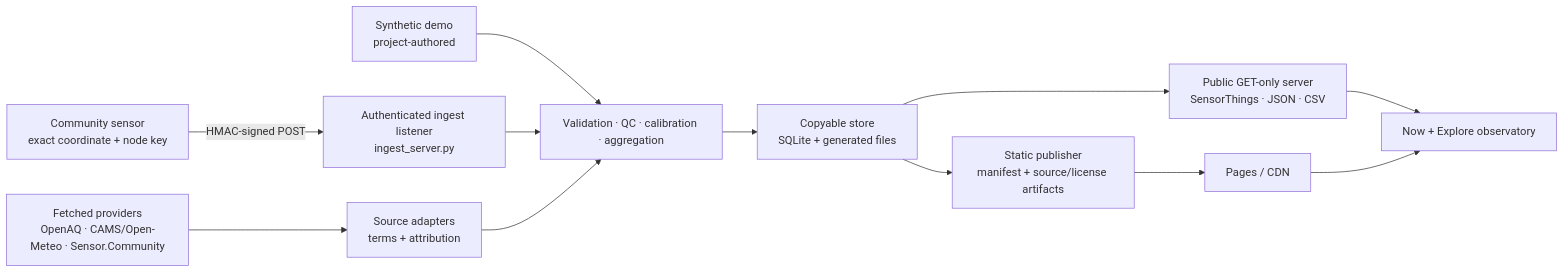
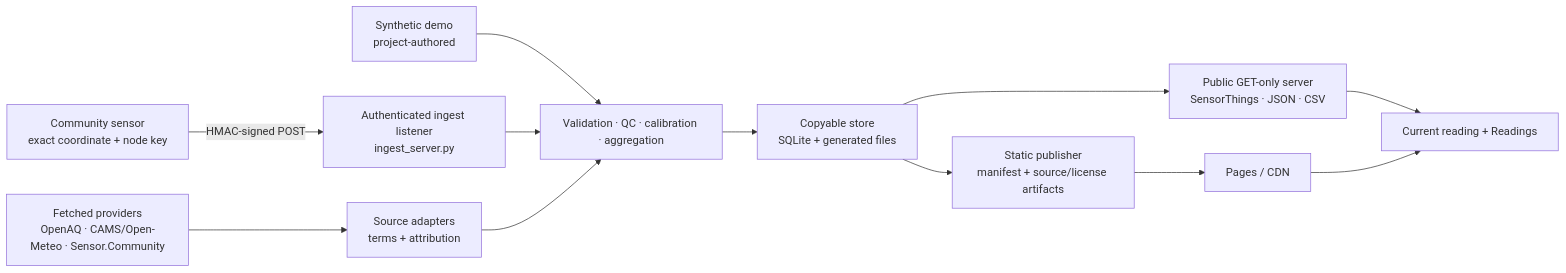
The diagram in docs/ARCHITECTURE.md (ChelseaKR/swelter), drawn with Mermaid before and after one commit. The commit also changed other lines of this file and 35 other files, not shown here.

````diff
--- a/docs/ARCHITECTURE.md
+++ b/docs/ARCHITECTURE.md
@@ -16,14 +16,14 @@
 ```mermaid
 flowchart LR
   Sensor["Community sensor\nexact coordinate + node key"] -->|"HMAC-signed POST"| Ingest["Authenticated ingest listener\ningest_server.py"]
   Sources["Fetched providers\nOpenAQ · CAMS/Open-Meteo · Sensor.Community"] --> Adapters["Source adapters\nterms + attribution"]
   Fixture["Synthetic demo\nproject-authored"] --> Pipeline["Validation · QC · calibration · aggregation"]
   Ingest --> Pipeline
   Adapters --> Pipeline
   Pipeline --> Store["Copyable store\nSQLite + generated files"]
   Store --> Read["Public GET-only server\nSensorThings · JSON · CSV"]
   Store --> Publish["Static publisher\nmanifest + source/license artifacts"]
-  Read --> Browser["Now + Explore observatory"]
+  Read --> Browser["Current reading + Readings"]
   Publish --> Pages["Pages / CDN"]
   Pages --> Browser
 ```
````
